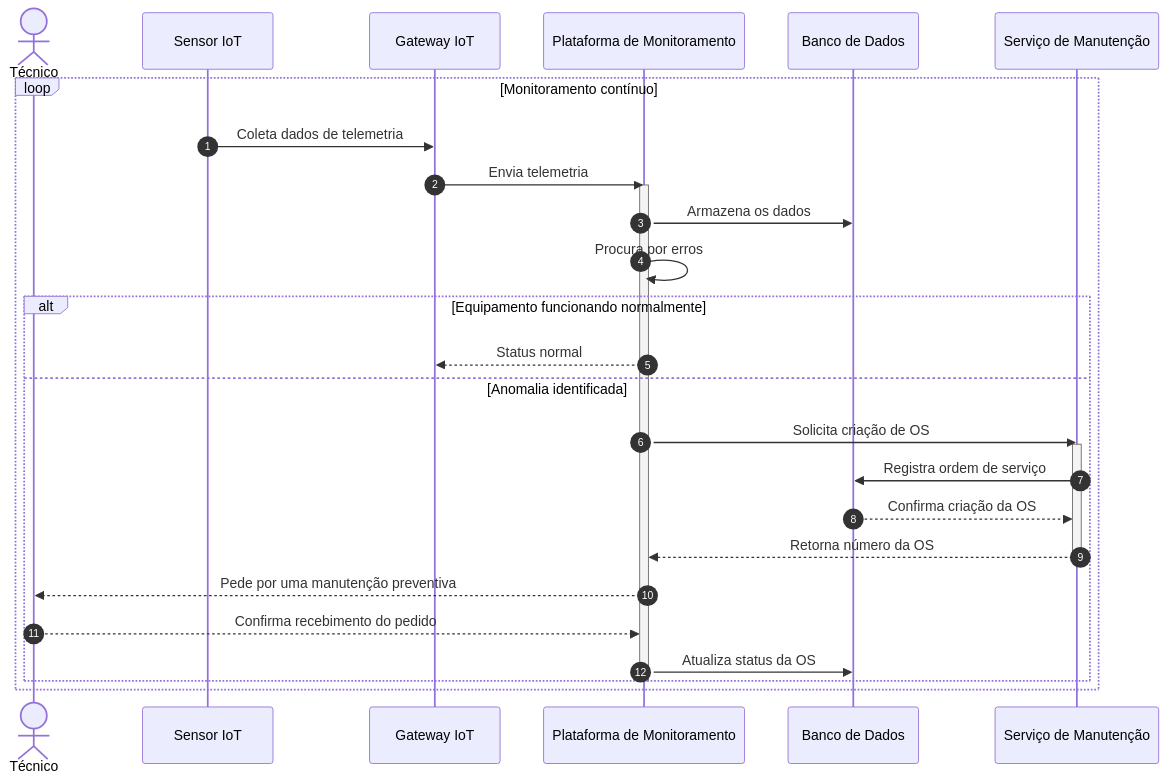
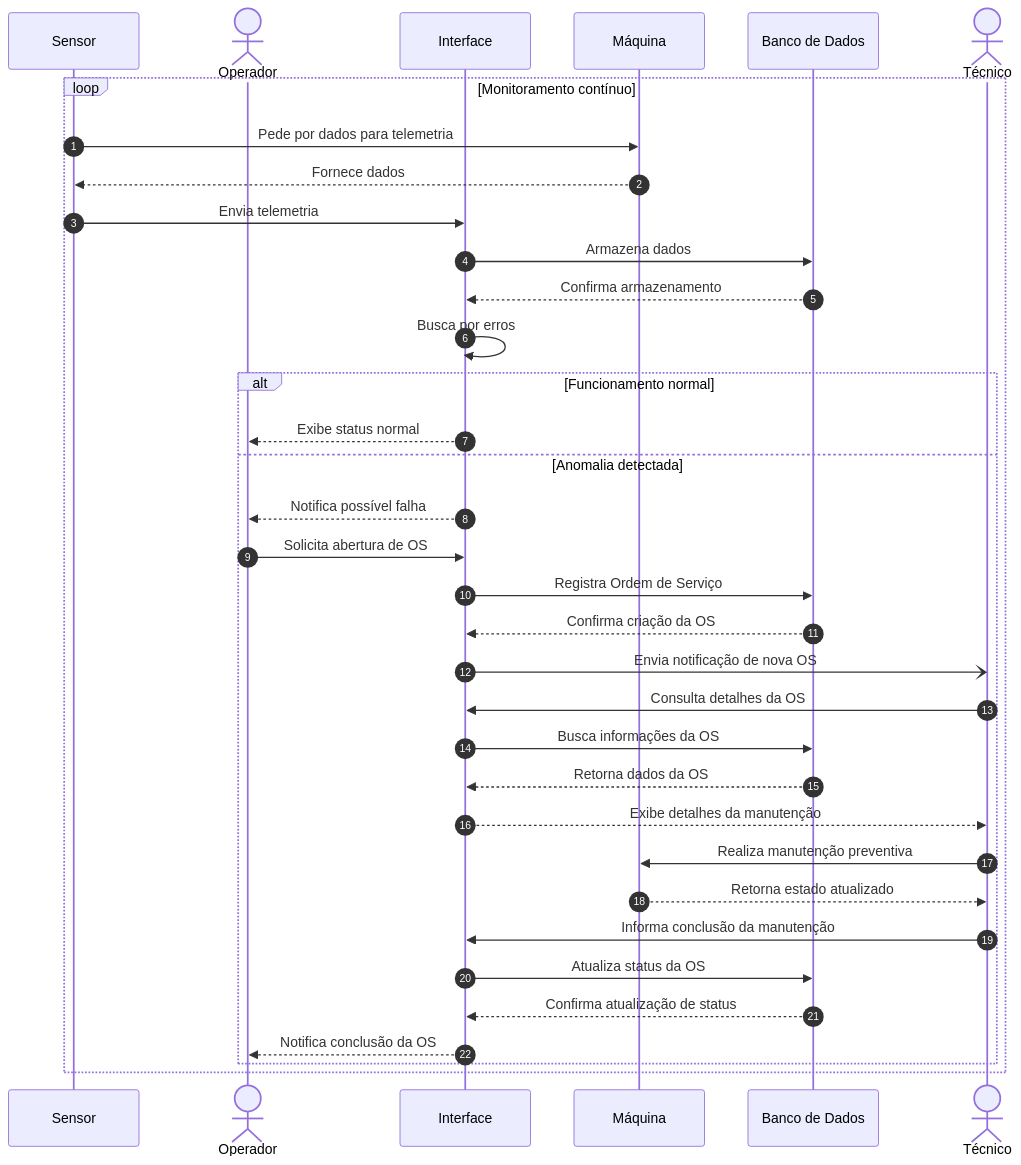
The diagram in Diagrama de sequencia.md (Nicolas-Oliveira543/APS2-Nicolas-Oliveira), drawn with Mermaid before and after one commit.

Commit message:
Update sequence diagram for monitoring process

````diff
--- a/Diagrama de sequencia.md
+++ b/Diagrama de sequencia.md
@@ -1,44 +1,48 @@
 ```mermaid
-
 sequenceDiagram
     autonumber
 
+    participant Sensor
+    actor Operador
+    participant Interface
+    participant Maquina as Máquina
+    participant BD as Banco de Dados
     actor Tecnico as Técnico
-    participant Sensor as Sensor IoT
-    participant Gateway as Gateway IoT
-    participant Plataforma as Plataforma de Monitoramento
-    participant Banco as Banco de Dados
-    participant OS as Serviço de Manutenção
 
     loop Monitoramento contínuo
-        Sensor->>Gateway: Coleta dados de telemetria
-        Gateway->>Plataforma: Envia telemetria
-        activate Plataforma
+        Sensor->>Maquina: Pede por dados para telemetria
+        Maquina-->>Sensor: Fornece dados
 
-        Plataforma->>Banco: Armazena os dados
-        
+        Sensor->>Interface: Envia telemetria
+        Interface->>BD: Armazena dados
+        BD-->>Interface: Confirma armazenamento
 
-        Plataforma->>Plataforma: Procura por erros
+        Interface->>Interface: Busca por erros
 
-        alt Equipamento funcionando normalmente
-            Plataforma-->>Gateway: Status normal
-        else Anomalia identificada
-            Plataforma->>OS: Solicita criação de OS
-            activate OS
+        alt Funcionamento normal
+            Interface-->>Operador: Exibe status normal
+        else Anomalia detectada
+            Interface-->>Operador: Notifica possível falha
 
-            OS->>Banco: Registra ordem de serviço
-            Banco-->>OS: Confirma criação da OS
+            Operador->>Interface: Solicita abertura de OS
+            Interface->>BD: Registra Ordem de Serviço
+            BD-->>Interface: Confirma criação da OS
 
-            OS-->>Plataforma: Retorna número da OS
-            deactivate OS
+            Interface-)Tecnico: Envia notificação de nova OS
 
-            Plataforma-->>Tecnico: Pede por uma manutenção preventiva
-            Tecnico-->>Plataforma: Confirma recebimento do pedido
+            Tecnico->>Interface: Consulta detalhes da OS
+            Interface->>BD: Busca informações da OS
+            BD-->>Interface: Retorna dados da OS
+            Interface-->>Tecnico: Exibe detalhes da manutenção
 
-            Plataforma->>Banco: Atualiza status da OS
+            Tecnico->>Maquina: Realiza manutenção preventiva
+            Maquina-->>Tecnico: Retorna estado atualizado
+
+            Tecnico->>Interface: Informa conclusão da manutenção
+            Interface->>BD: Atualiza status da OS
+            BD-->>Interface: Confirma atualização de status
+
+            Interface-->>Operador: Notifica conclusão da OS
         end
-
-        deactivate Plataforma
     end
-
 ```
````
